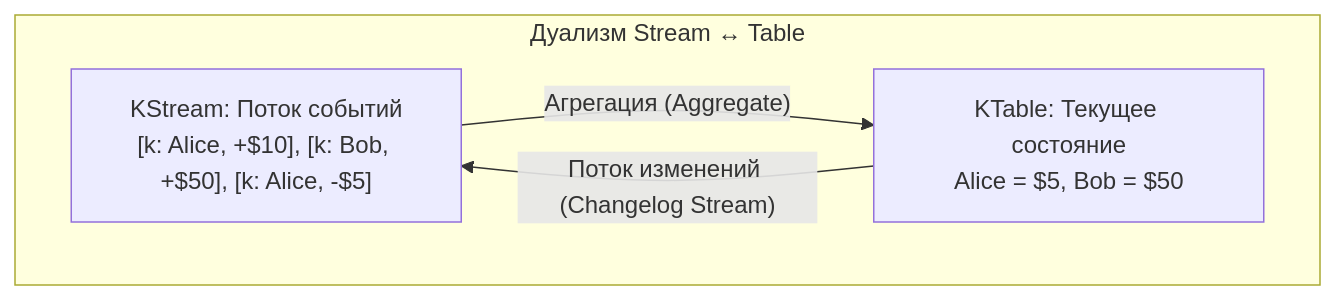
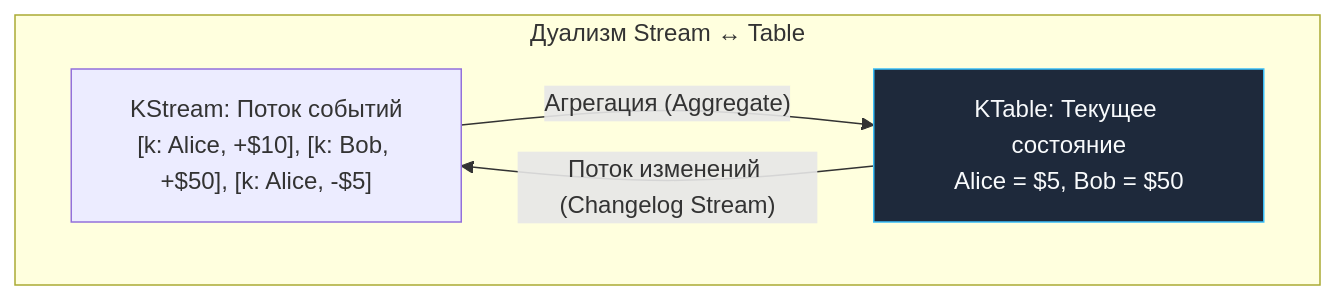
The second of 4 diagrams in sources/13. Очереди, брокеры сообщений и оркестраторы/03. Kafka/9. Kafka Streams.md (UnrealTemplier/go-textbook), drawn with Mermaid before and after one commit. The commit also changed other lines of this file and 1666 other files, not shown here.

First line of the commit message:
feat(mermaid): add semantic color classDef to 1369 colorless flowchart/graph diagrams

````diff
--- a/sources/13. Очереди, брокеры сообщений и оркестраторы/03. Kafka/9. Kafka Streams.md
+++ b/sources/13. Очереди, брокеры сообщений и оркестраторы/03. Kafka/9. Kafka Streams.md
@@ -52,10 +62,20 @@
 ```mermaid
 flowchart TD
+    classDef process  fill:#1e293b,stroke:#38bdf8,stroke-width:1px,color:#f8fafc
+    classDef success  fill:#064e3b,stroke:#34d399,stroke-width:1px,color:#f8fafc
+    classDef error    fill:#7f1d1d,stroke:#f87171,stroke-width:1px,color:#f8fafc
+    classDef warning  fill:#78350f,stroke:#fbbf24,stroke-width:1px,color:#f8fafc
+    classDef entry    fill:#1e3a5f,stroke:#38bdf8,stroke-width:2px,color:#f8fafc
+    classDef aux      fill:#334155,stroke:#64748b,stroke-width:1px,color:#f8fafc
+    classDef system   fill:#312e81,stroke:#a78bfa,stroke-width:1px,color:#f8fafc
+    classDef data     fill:#132d29,stroke:#2dd4bf,stroke-width:1px,color:#f8fafc
+    classDef network  fill:#881337,stroke:#fb7185,stroke-width:1px,color:#f8fafc
+    classDef accent   fill:#1e1b4b,stroke:#818cf8,stroke-width:1px,color:#f8fafc
     subgraph Duality["Дуализм Stream ↔ Table"]
         S["KStream: Поток событий<br>[k: Alice, +$10], [k: Bob, +$50], [k: Alice, -$5]"]
-        T["KTable: Текущее состояние<br>Alice = $5, Bob = $50"]
+        T["KTable: Текущее состояние<br>Alice = $5, Bob = $50"]:::process
     end
 
     S -->|"Агрегация (Aggregate)"| T
     T -->|"Поток изменений (Changelog Stream)"| S
 ```
````
